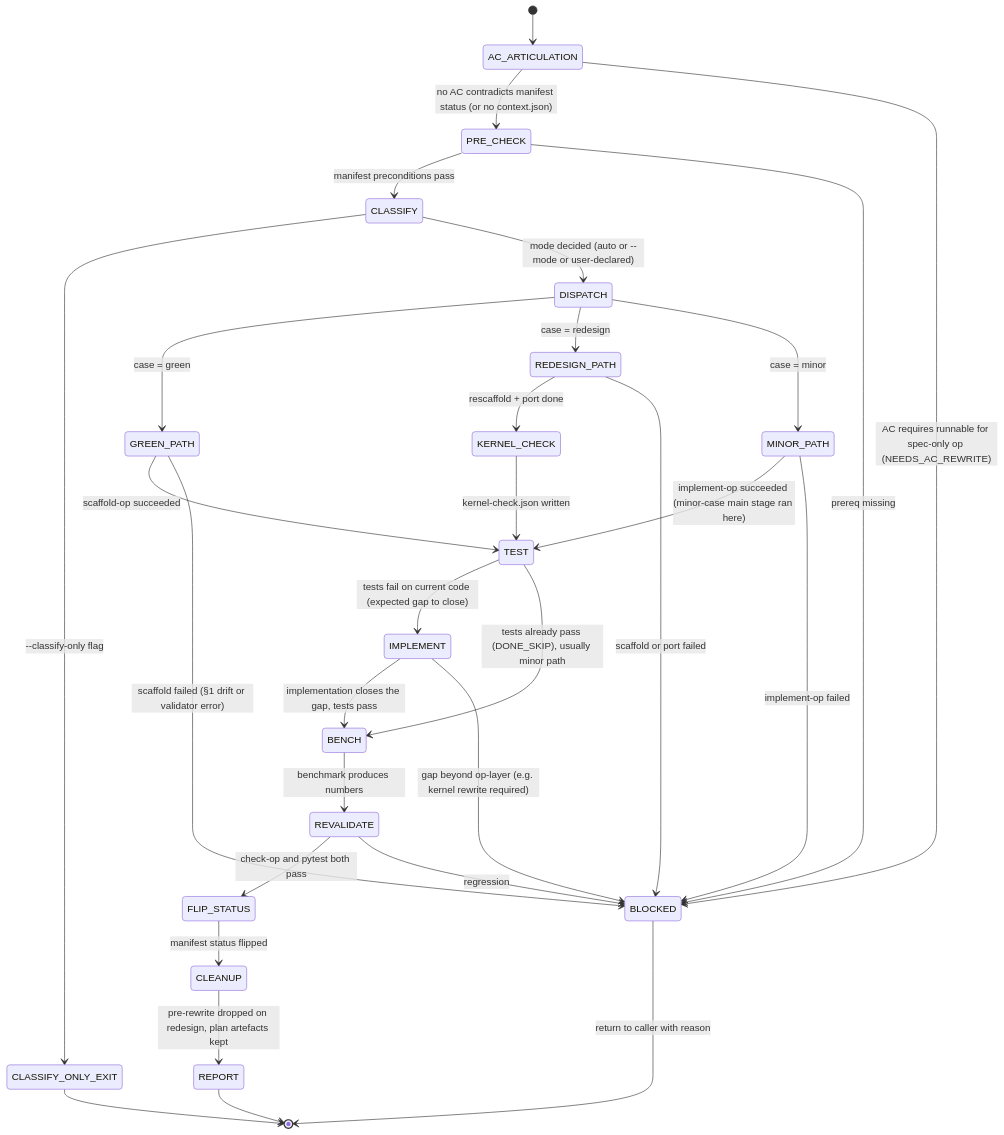
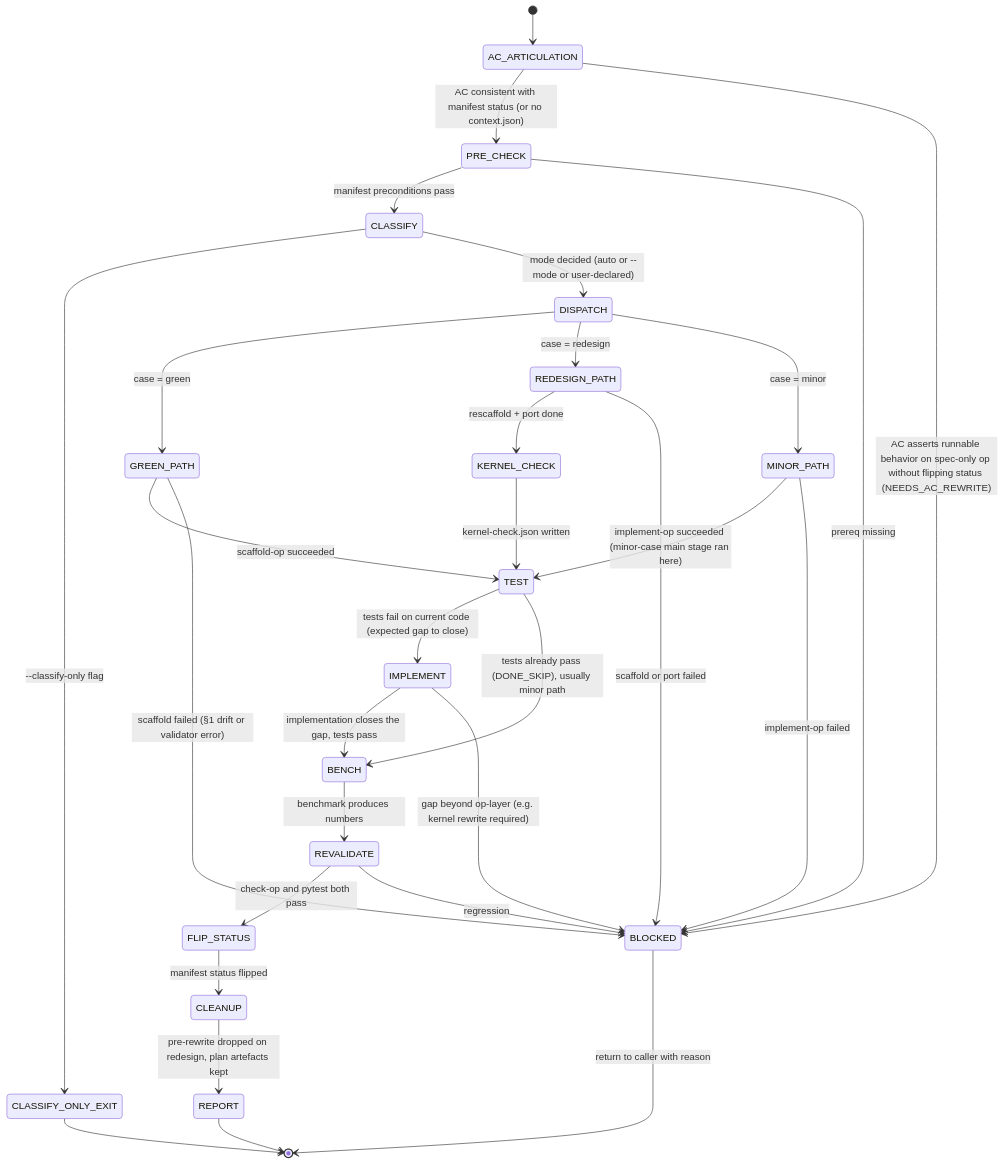
Before and after one commit to tile-ai/TileOPs: the diagram in .claude/skills/align-op/SKILL.md, drawn with Mermaid. The commit also changed other lines of this file and 1 other file, not shown here.

First line of the commit message:
[Chore][Skills] address review feedback on AC articulation gate

````diff
--- a/.claude/skills/align-op/SKILL.md
+++ b/.claude/skills/align-op/SKILL.md
@@ -49,32 +49,32 @@
 ```mermaid
 stateDiagram-v2
     [*] --> AC_ARTICULATION
-    AC_ARTICULATION --> PRE_CHECK: no AC contradicts manifest status (or no context.json)
-    AC_ARTICULATION --> BLOCKED: AC requires runnable for spec-only op (NEEDS_AC_REWRITE)
+    AC_ARTICULATION --> PRE_CHECK: AC consistent with manifest status (or no context.json)
+    AC_ARTICULATION --> BLOCKED: AC asserts runnable behavior on spec-only op without flipping status (NEEDS_AC_REWRITE)
     PRE_CHECK --> CLASSIFY: manifest preconditions pass
     PRE_CHECK --> BLOCKED: prereq missing
     CLASSIFY --> CLASSIFY_ONLY_EXIT: --classify-only flag
     CLASSIFY --> DISPATCH: mode decided (auto or --mode or user-declared)
     DISPATCH --> GREEN_PATH: case = green
     DISPATCH --> REDESIGN_PATH: case = redesign
     DISPATCH --> MINOR_PATH: case = minor
     GREEN_PATH --> TEST: scaffold-op succeeded
     REDESIGN_PATH --> KERNEL_CHECK: rescaffold + port done
     KERNEL_CHECK --> TEST: kernel-check.json written
     MINOR_PATH --> TEST: implement-op succeeded (minor-case main stage ran here)
     TEST --> IMPLEMENT: tests fail on current code (expected gap to close)
     TEST --> BENCH: tests already pass (DONE_SKIP), usually minor path
     IMPLEMENT --> BENCH: implementation closes the gap, tests pass
     IMPLEMENT --> BLOCKED: gap beyond op-layer (e.g. kernel rewrite required)
     BENCH --> REVALIDATE: benchmark produces numbers
     REVALIDATE --> FLIP_STATUS: check-op and pytest both pass
     REVALIDATE --> BLOCKED: regression
     FLIP_STATUS --> CLEANUP: manifest status flipped
     CLEANUP --> REPORT: pre-rewrite dropped on redesign, plan artefacts kept
     REPORT --> [*]
     CLASSIFY_ONLY_EXIT --> [*]
     GREEN_PATH --> BLOCKED: scaffold failed (§1 drift or validator error)
     REDESIGN_PATH --> BLOCKED: scaffold or port failed
     MINOR_PATH --> BLOCKED: implement-op failed
     BLOCKED --> [*]: return to caller with reason
 ```
````
